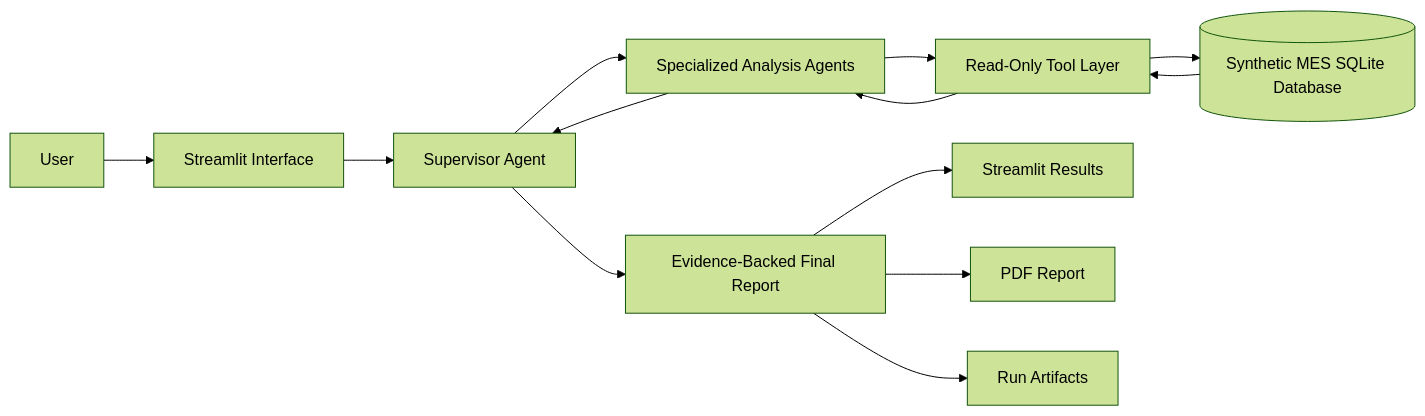
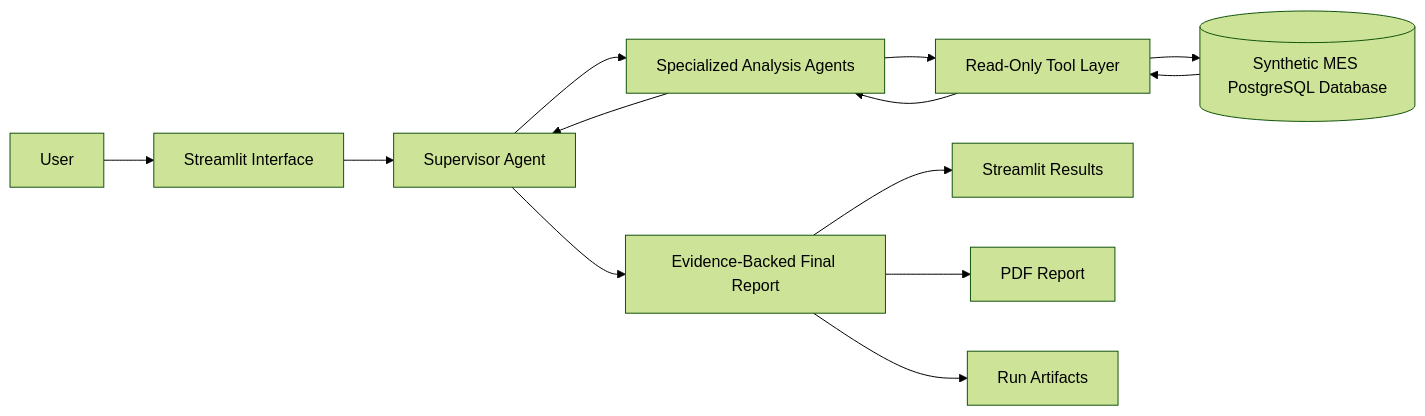
The diagram in README.md (IndustrialDefectDetection/cv_industrial_defect_detection), drawn with Mermaid (forest theme) before and after one commit. The commit also changed other lines of this file and 3 other files, not shown here.

````diff
--- a/README.md
+++ b/README.md
@@ -46,15 +164,15 @@
 ```mermaid
 flowchart LR
     A[User] --> B[Streamlit Interface]
     B --> C[Supervisor Agent]
     C --> D[Specialized Analysis Agents]
     D --> E[Read-Only Tool Layer]
-    E --> F[(Synthetic MES SQLite Database)]
+    E --> F[(Synthetic MES PostgreSQL Database)]
     F --> E
     E --> D
     D --> C
     C --> G[Evidence-Backed Final Report]
     G --> H[Streamlit Results]
     G --> I[PDF Report]
     G --> J[Run Artifacts]
 ```
````
